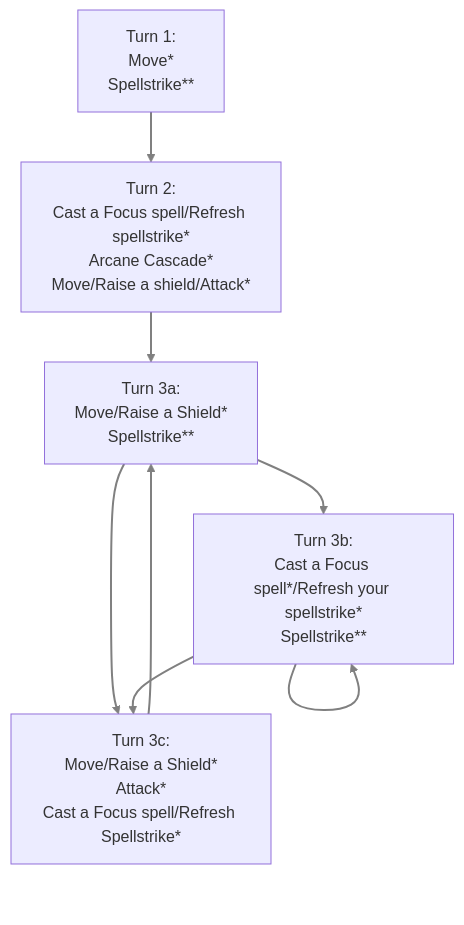
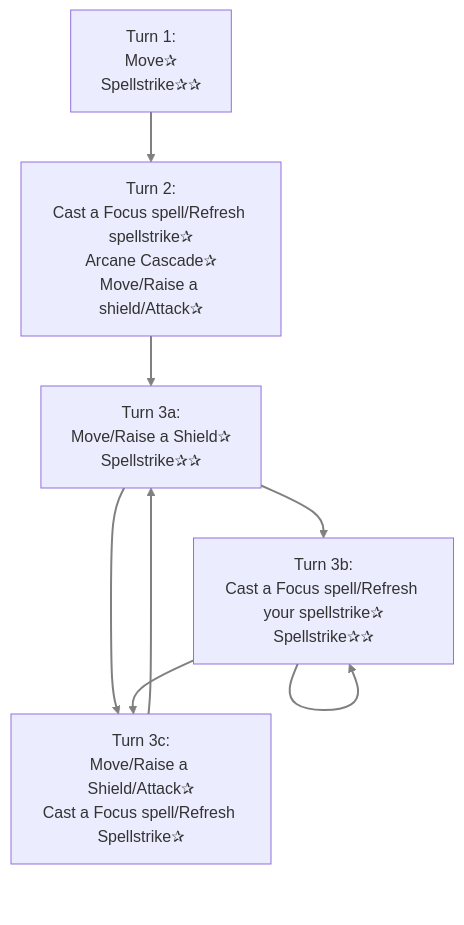
One commit to Zwemvest/QuestForTheFrozenFlame changed the diagram in docs/Playing_Notes/Personal_Notes/Rotation_Cheatsheet.md. Above: the diagram before and after it, drawn with Mermaid.

Commit message:
added styling

````diff
--- a/docs/Playing_Notes/Personal_Notes/Rotation_Cheatsheet.md
+++ b/docs/Playing_Notes/Personal_Notes/Rotation_Cheatsheet.md
@@ -2,18 +4,17 @@
 ```mermaid
 graph
-  1[Turn 1:</br> Move*</br>Spellstrike**];
-  2[Turn 2:</br>Cast a Focus spell/Refresh spellstrike*</br>Arcane Cascade*</br>Move/Raise a shield/Attack*];
-  3a[Turn 3a:</br>Move/Raise a Shield*</br>Spellstrike**]
-  3b[Turn 3c:</br>Move/Raise a Shield*</br>Attack*</br>Cast a Focus spell/Refresh Spellstrike*]
-  3c[Turn 3b:</br>Cast a Focus spell*/Refresh your spellstrike*</br>Spellstrike**]
-  1-->2;
-  2 -->3a;
+  1["Turn 1:</br>Move✰</br>Spellstrike✰✰"];
+  2["Turn 2:</br>Cast a Focus spell/Refresh spellstrike✰</br>Arcane Cascade✰</br>Move/Raise a shield/Attack✰"];
+  3a["Turn 3a:</br>Move/Raise a Shield✰</br>Spellstrike✰✰"]
+  3b["Turn 3c:</br>Move/Raise a Shield/Attack✰</br>Cast a Focus spell/Refresh Spellstrike✰"]
+  3c["Turn 3b:</br>Cast a Focus spell/Refresh your spellstrike✰</br>Spellstrike✰✰"]
+  1 --> 2;
+  2 --> 3a;
   3a --> 3b;
   3b --> 3a;
   3c --> 3c;
   3a --> 3c;
   3c --> 3b;
 
 linkStyle default stroke-width:2px,fill:none,stroke:gray;
-
 ```
````
